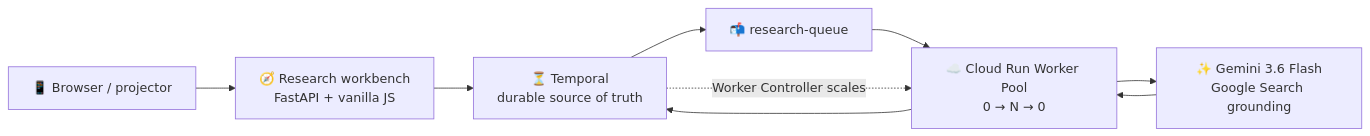
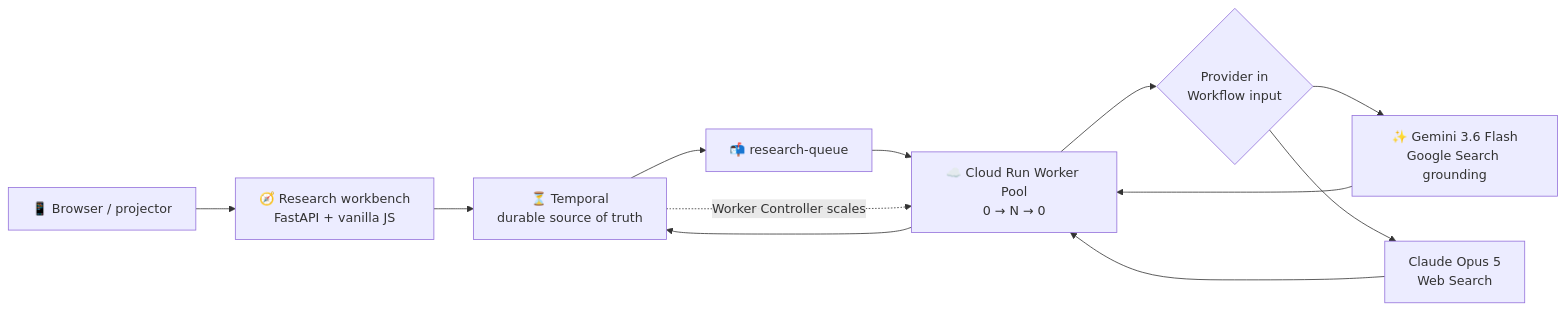
Before and after one commit to temporal-community/durable-research-fleet: the diagram in README.md, drawn with Mermaid. The commit also changed other lines of this file and 21 other files, not shown here.

Commit message:
Add durable Gemini and Claude provider selection

````diff
--- a/README.md
+++ b/README.md
@@ -41,11 +42,14 @@
 ```mermaid
 flowchart LR
     U["📱 Browser / projector"] --> W["🧭 Research workbench<br/>FastAPI + vanilla JS"]
     W --> T["⏳ Temporal<br/>durable source of truth"]
     T --> Q["📬 research-queue"]
     Q --> P["☁️ Cloud Run Worker Pool<br/>0 → N → 0"]
-    P --> G["✨ Gemini 3.6 Flash<br/>Google Search grounding"]
+    P --> S{"Provider in<br/>Workflow input"}
+    S --> G["✨ Gemini 3.6 Flash<br/>Google Search grounding"]
+    S --> C["Claude Opus 5<br/>Web Search"]
     G --> P
+    C --> P
     P --> T
     T -. "Worker Controller scales" .-> P
 ```
````
